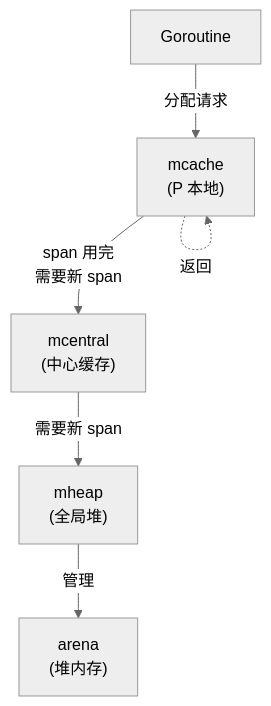
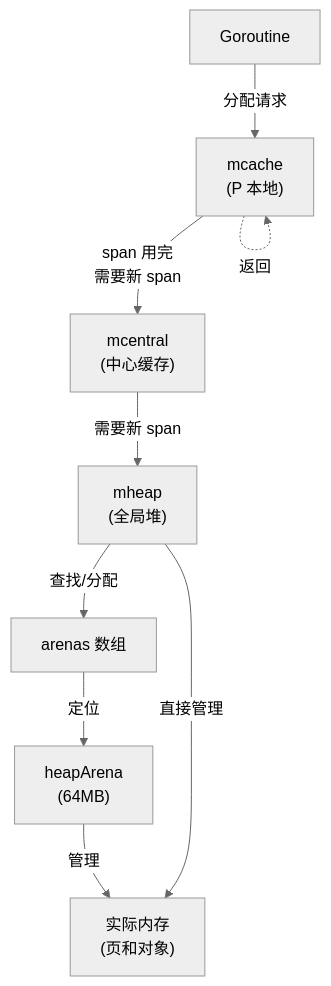
Diagram 19 of 27 in _posts/golang/内存分配器.md (djaigoo/blog), drawn with Mermaid (neutral theme) before and after one commit. The commit also changed other lines of this file and 109 other files, not shown here.

````diff
--- a/_posts/golang/内存分配器.md
+++ b/_posts/golang/内存分配器.md
@@ -417,14 +1054,19 @@
 ```mermaid
 flowchart TD
     G["Goroutine"]
     M["mcache<br/>(P 本地)"]
     C["mcentral<br/>(中心缓存)"]
     H["mheap<br/>(全局堆)"]
-    A["arena<br/>(堆内存)"]
+    Arenas["arenas 数组"]
+    HA["heapArena<br/>(64MB)"]
+    Memory["实际内存<br/>(页和对象)"]
     
     G -->|分配请求| M
     M -->|span 用完<br/>需要新 span| C
     M -.->|返回| M
     C -->|需要新 span| H
-    H -->|管理| A
+    H -->|查找/分配| Arenas
+    Arenas -->|定位| HA
+    HA -->|管理| Memory
+    H -->|直接管理| Memory
 ```
````
